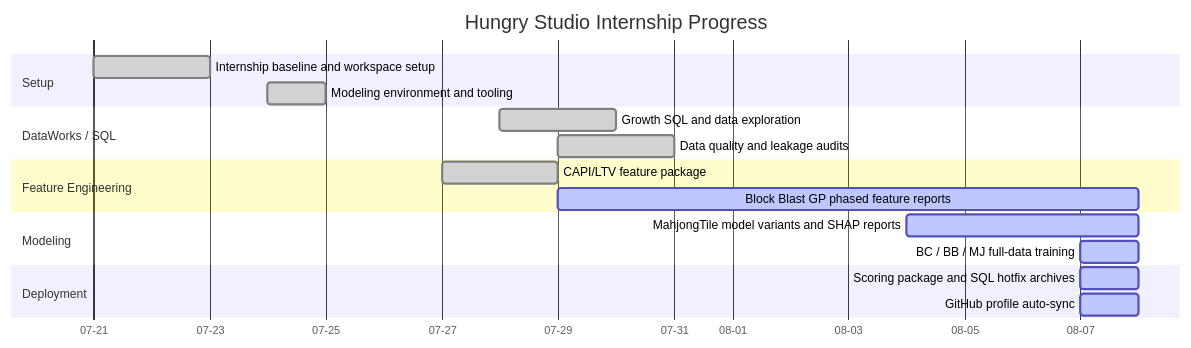
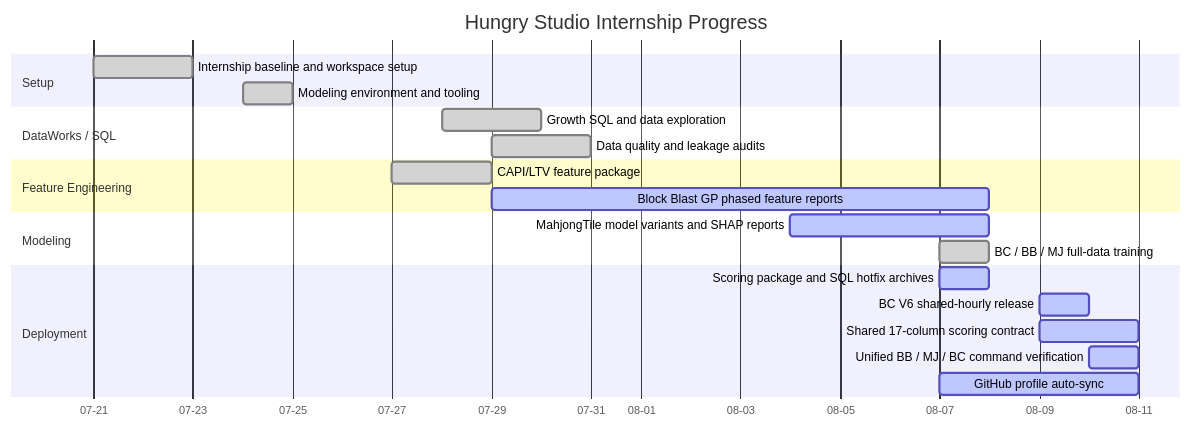
One commit to Wendy-James/Wendy-James changed the first of 6 diagrams in docs/HUNGRY_STUDIO_VISUAL_SUMMARY.md. Above: the diagram before and after it, drawn with Mermaid. The commit also changed other lines of this file, not shown here.

````diff
--- a/docs/HUNGRY_STUDIO_VISUAL_SUMMARY.md
+++ b/docs/HUNGRY_STUDIO_VISUAL_SUMMARY.md
@@ -9,26 +9,29 @@
 ```mermaid
 gantt
     title Hungry Studio Internship Progress
     dateFormat  YYYY-MM-DD
     axisFormat  %m-%d
 
     section Setup
     Internship baseline and workspace setup      :done, 2026-07-21, 2d
     Modeling environment and tooling             :done, 2026-07-24, 1d
 
     section DataWorks / SQL
     Growth SQL and data exploration              :done, 2026-07-28, 2d
     Data quality and leakage audits              :done, 2026-07-29, 2d
 
     section Feature Engineering
     CAPI/LTV feature package                     :done, 2026-07-27, 2d
     Block Blast GP phased feature reports        :active, 2026-07-29, 10d
 
     section Modeling
     MahjongTile model variants and SHAP reports  :active, 2026-08-04, 4d
-    BC / BB / MJ full-data training              :active, 2026-08-07, 1d
+    BC / BB / MJ full-data training              :done, 2026-08-07, 1d
 
     section Deployment
     Scoring package and SQL hotfix archives      :active, 2026-08-07, 1d
-    GitHub profile auto-sync                     :active, 2026-08-07, 1d
+    BC V6 shared-hourly release                  :active, 2026-08-09, 1d
+    Shared 17-column scoring contract            :active, 2026-08-09, 2d
+    Unified BB / MJ / BC command verification    :active, 2026-08-10, 1d
+    GitHub profile auto-sync                     :active, 2026-08-07, 4d
 ```
````
